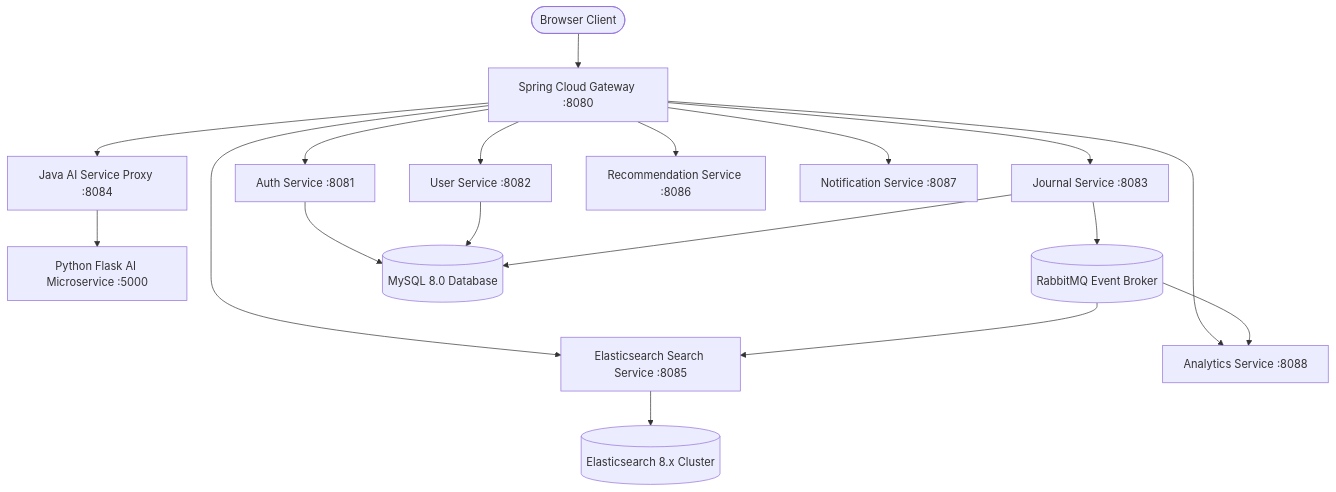
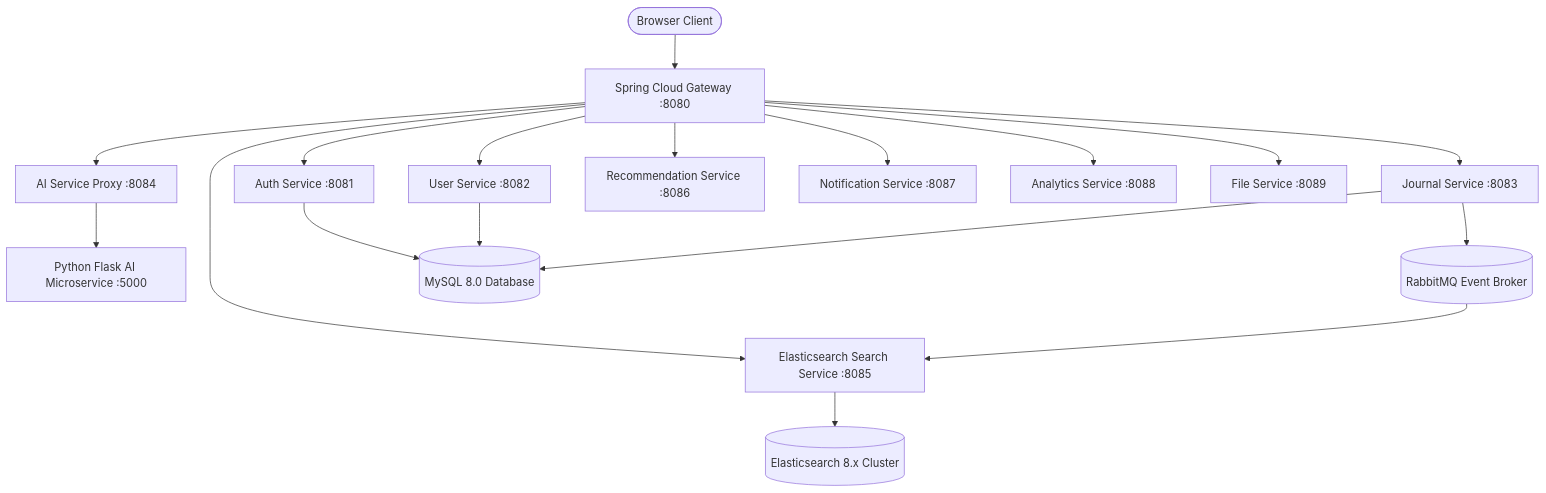
Before and after one commit to AhmedMA558/Ai-based-Journal-App: the diagram in README.md, drawn with Mermaid. The commit also changed other lines of this file and 18 other files, not shown here.

First line of the commit message:
docs: add per-service READMEs, fix architecture doc inaccuracies, add CONTRIBUTING/CLAUDE.md

````diff
--- a/README.md
+++ b/README.md
@@ -9,20 +9,20 @@
 ```mermaid
 graph TD
     User([Browser Client]) --> Gateway[Spring Cloud Gateway :8080]
     Gateway --> AuthSvc[Auth Service :8081]
     Gateway --> UserSvc[User Service :8082]
     Gateway --> JournalSvc[Journal Service :8083]
-    Gateway --> AISvc[Java AI Service Proxy :8084]
+    Gateway --> AISvc[AI Service Proxy :8084]
     Gateway --> SearchSvc[Elasticsearch Search Service :8085]
     Gateway --> RecSvc[Recommendation Service :8086]
     Gateway --> NotifSvc[Notification Service :8087]
     Gateway --> AnalyticsSvc[Analytics Service :8088]
+    Gateway --> FileSvc[File Service :8089]
 
     AISvc --> PythonAI[Python Flask AI Microservice :5000]
     JournalSvc --> RabbitMQ[(RabbitMQ Event Broker)]
     RabbitMQ --> SearchSvc
-    RabbitMQ --> AnalyticsSvc
 
     AuthSvc & UserSvc & JournalSvc --> MySQL[(MySQL 8.0 Database)]
     SearchSvc --> ES[(Elasticsearch 8.x Cluster)]
 ```
````
